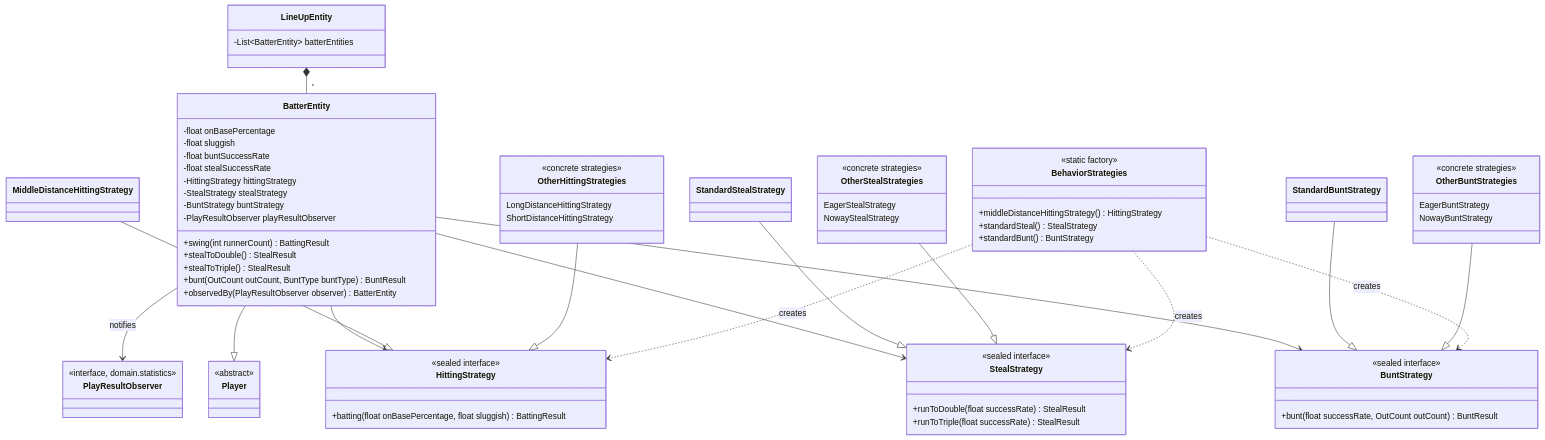
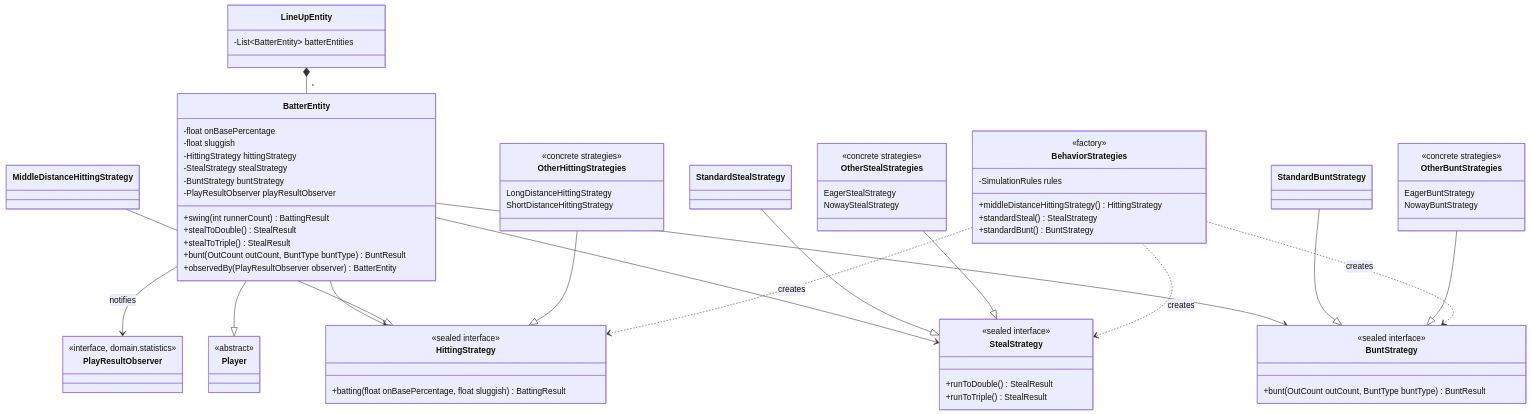
The second of 4 diagrams in apps/simulator/README.md (midetaro/baseball-orders), drawn with Mermaid before and after one commit. The commit also changed other lines of this file and 7 other files, not shown here.

```diff
--- a/apps/simulator/README.md
+++ b/apps/simulator/README.md
@@ -212,8 +212,6 @@
     class BatterEntity {
         -float onBasePercentage
         -float sluggish
-        -float buntSuccessRate
-        -float stealSuccessRate
         -HittingStrategy hittingStrategy
         -StealStrategy stealStrategy
         -BuntStrategy buntStrategy
@@ -241,8 +239,8 @@
 
     class StealStrategy {
         <<sealed interface>>
-        +runToDouble(float successRate) StealResult
-        +runToTriple(float successRate) StealResult
+        +runToDouble() StealResult
+        +runToTriple() StealResult
     }
     class StandardStealStrategy
     class OtherStealStrategies {
@@ -253,7 +251,7 @@
 
     class BuntStrategy {
         <<sealed interface>>
-        +bunt(float successRate, OutCount outCount) BuntResult
+        +bunt(OutCount outCount, BuntType buntType) BuntResult
     }
     class StandardBuntStrategy
     class OtherBuntStrategies {
@@ -263,7 +261,8 @@
     }
 
     class BehaviorStrategies {
-        <<static factory>>
+        <<factory>>
+        -SimulationRules rules
         +middleDistanceHittingStrategy() HittingStrategy
         +standardSteal() StealStrategy
         +standardBunt() BuntStrategy
```
